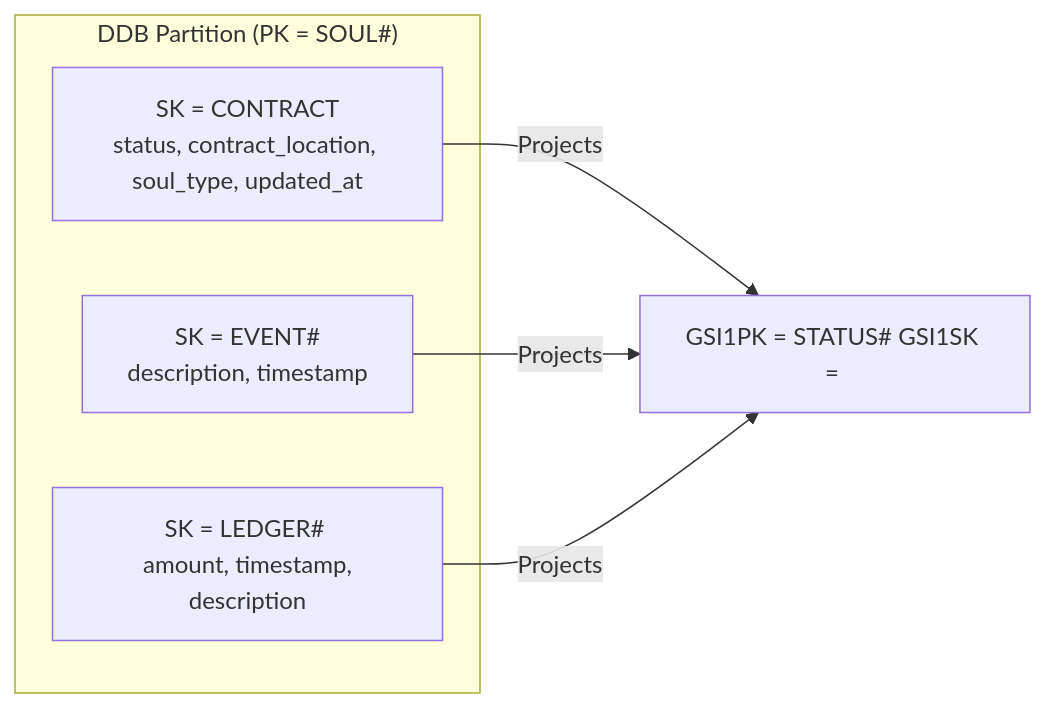
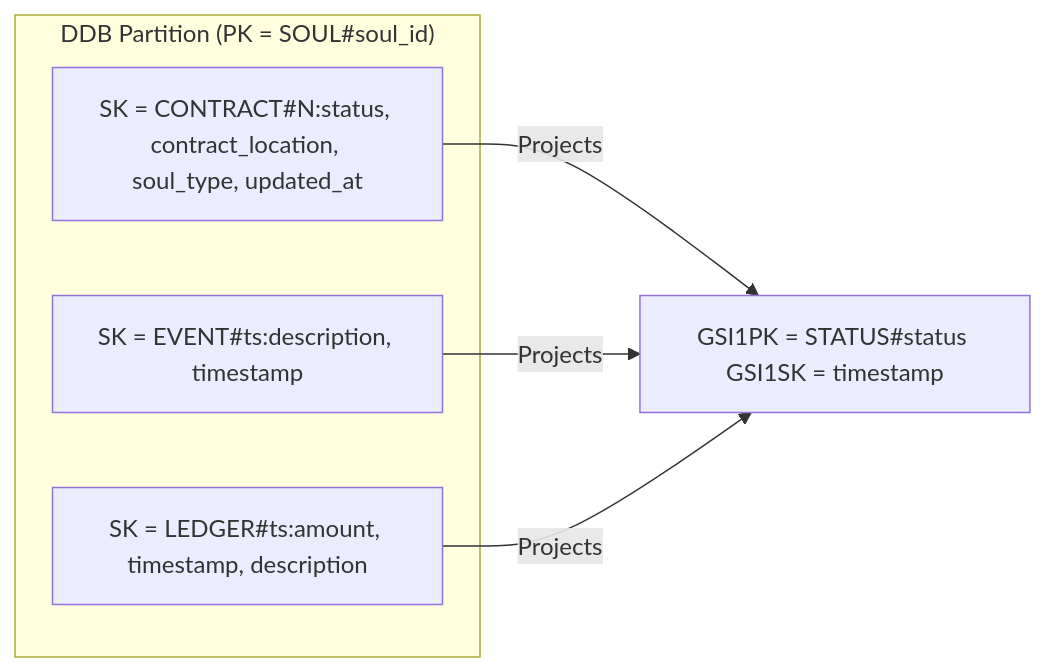
Before and after one commit to pchinjr/devil-you-nosql: the first of 4 diagrams in README.md, drawn with Mermaid.

````diff
--- a/README.md
+++ b/README.md
@@ -30,12 +30,12 @@
 ```mermaid
 flowchart LR
-    subgraph Partition ["DDB Partition (PK = SOUL#<soul_id>)"]
-        Contract["SK = CONTRACT\nstatus, contract_location, soul_type, updated_at"]
-        Events["SK = EVENT#<timestamp> \n description, timestamp"]
-        Ledger["SK = LEDGER#<timestamp> \n amount, timestamp, description"]
+    subgraph Partition ["DDB Partition (PK = SOUL#soul_id)"]
+        Contract["SK = CONTRACT#N:status, contract_location, soul_type, updated_at"]
+        Events["SK = EVENT#ts:description, timestamp"]
+        Ledger["SK = LEDGER#ts:amount, timestamp, description"]
     end
 
-    Contract -->|Projects| GSI["GSI1PK = STATUS#<status> GSI1SK = <timestamp>"]
+    Contract -->|Projects| GSI["GSI1PK = STATUS#status GSI1SK = timestamp"]
     Events -->|Projects| GSI
     Ledger -->|Projects| GSI
 ```
````
